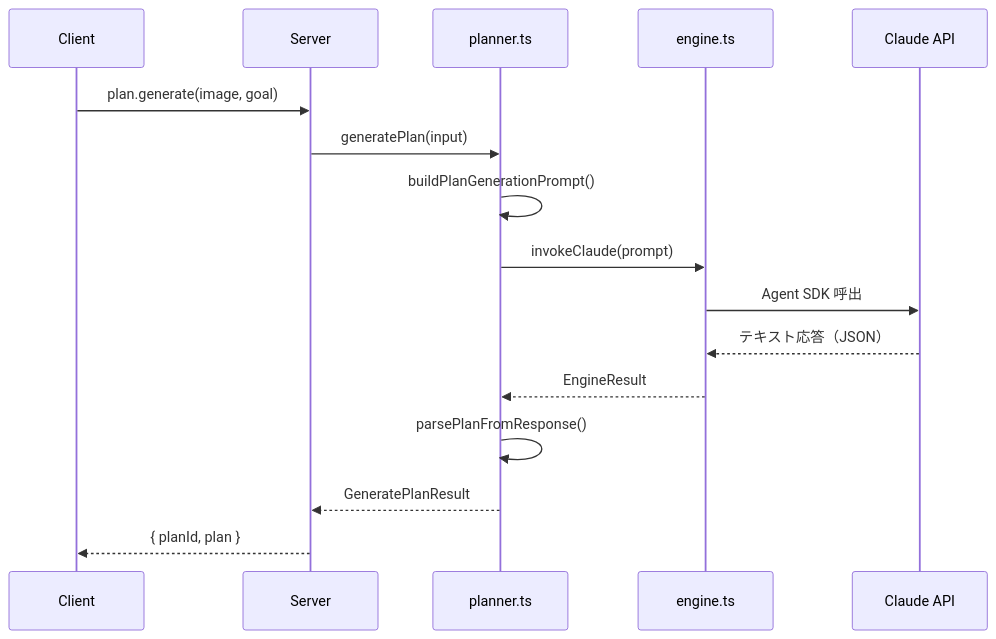
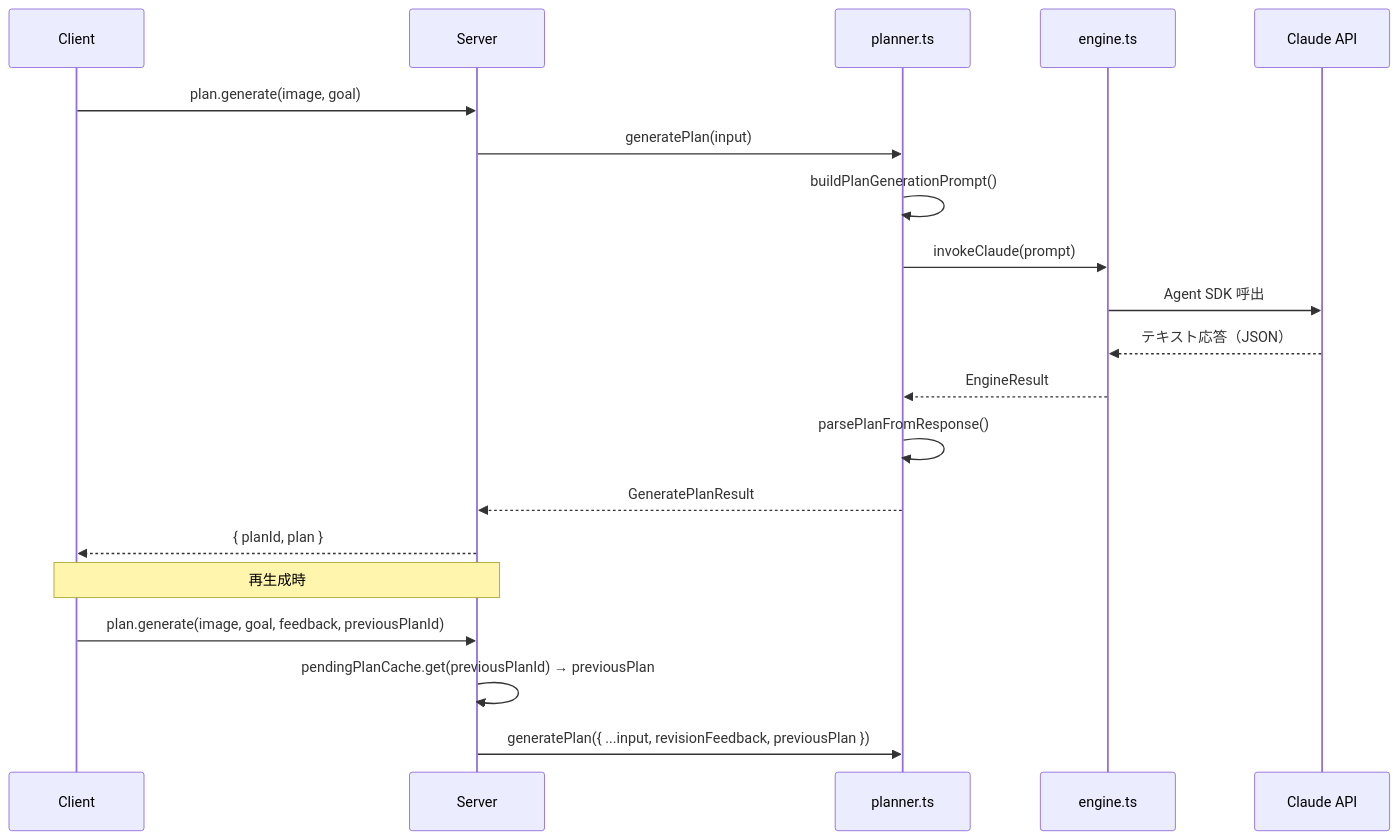
Before and after one commit to yukaorange/dcc_suport: the third of 5 diagrams in packages/core/docs/reading-guide.md, drawn with Mermaid. The commit also changed other lines of this file and 13 other files, not shown here.

Commit message:
feat(client): Implement session list and detail pages with plan step status updates

````diff
--- a/packages/core/docs/reading-guide.md
+++ b/packages/core/docs/reading-guide.md
@@ -92,19 +103,24 @@
 ```mermaid
 sequenceDiagram
     participant Client
     participant Server
     participant Planner as planner.ts
     participant Engine as engine.ts
     participant Claude as Claude API
 
     Client->>Server: plan.generate(image, goal)
     Server->>Planner: generatePlan(input)
     Planner->>Planner: buildPlanGenerationPrompt()
     Planner->>Engine: invokeClaude(prompt)
     Engine->>Claude: Agent SDK 呼出
     Claude-->>Engine: テキスト応答（JSON）
     Engine-->>Planner: EngineResult
     Planner->>Planner: parsePlanFromResponse()
     Planner-->>Server: GeneratePlanResult
     Server-->>Client: { planId, plan }
+
+    Note over Client,Server: 再生成時
+    Client->>Server: plan.generate(image, goal, feedback, previousPlanId)
+    Server->>Server: pendingPlanCache.get(previousPlanId) → previousPlan
+    Server->>Planner: generatePlan({ ...input, revisionFeedback, previousPlan })
 ```
````
